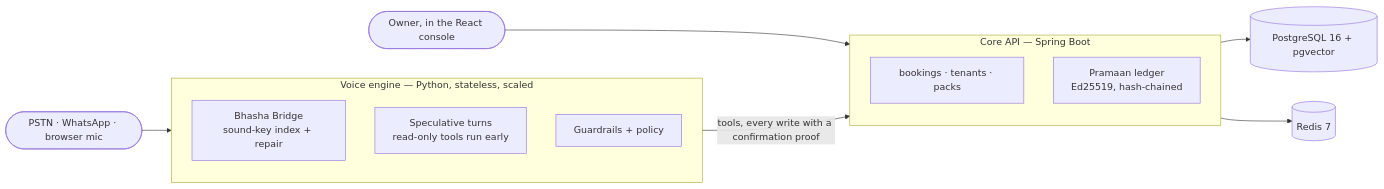
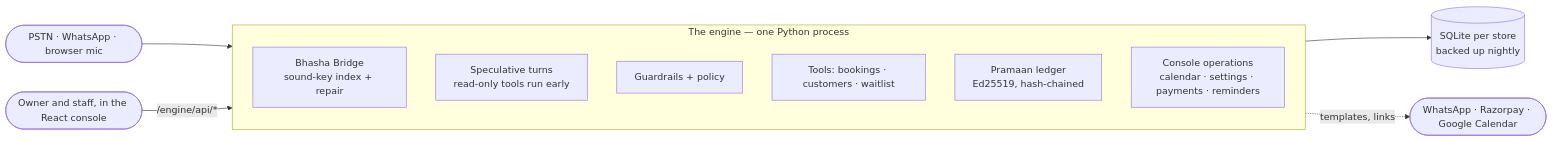
One commit to aritra-25hazra/haanji changed the diagram in README.md. Above: the diagram before and after it, drawn with Mermaid. The commit also changed other lines of this file and 8 other files, not shown here.

````diff
--- a/README.md
+++ b/README.md
@@ -473,17 +512,15 @@
 ```mermaid
 flowchart LR
     caller([PSTN · WhatsApp · browser mic]) --> engine
-    owner([Owner, in the React console]) --> core
-    subgraph engine [Voice engine — Python, stateless, scaled]
+    owner([Owner and staff, in the React console]) -- /engine/api/* --> engine
+    subgraph engine [The engine — one Python process]
         bhasha[Bhasha Bridge<br/>sound-key index + repair]
         spec[Speculative turns<br/>read-only tools run early]
         guard[Guardrails + policy]
+        tools[Tools: bookings · customers · waitlist]
+        ledger[Pramaan ledger<br/>Ed25519, hash-chained]
+        ops[Console operations<br/>calendar · settings · payments · reminders]
     end
-    subgraph core [Core API — Spring Boot]
-        book[bookings · tenants · packs]
-        ledger[Pramaan ledger<br/>Ed25519, hash-chained]
-    end
-    engine -- tools, every write with a confirmation proof --> core
-    core --> pg[(PostgreSQL 16 + pgvector)]
-    core --> redis[(Redis 7)]
+    engine --> sqlite[(SQLite per store<br/>backed up nightly)]
+    engine -. templates, links .-> wa([WhatsApp · Razorpay · Google Calendar])
 ```
````
